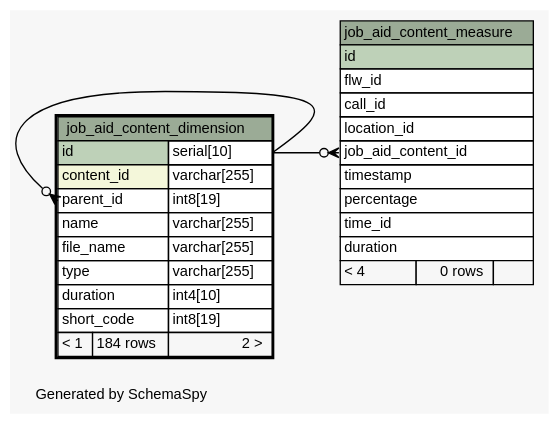
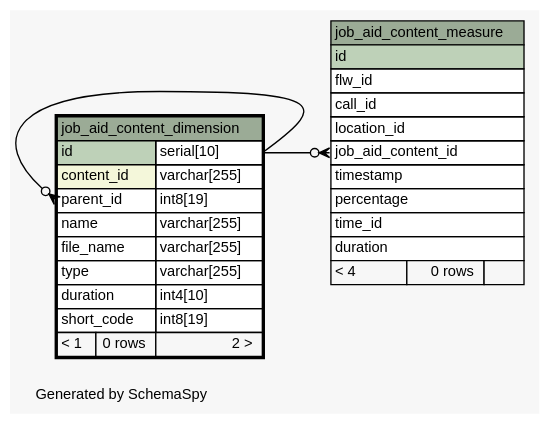
Before and after one commit to motech/ananya: the diagram in ananya-report/build/schemaspy-output/diagrams/job_aid_content_dimension.1degree.dot, drawn with Graphviz. The commit also changed 69 other files, not shown here.

```diff
--- a/ananya-report/build/schemaspy-output/diagrams/job_aid_content_dimension.1degree.dot
+++ b/ananya-report/build/schemaspy-output/diagrams/job_aid_content_dimension.1degree.dot
@@ -1,59 +1,59 @@
 // dot 2.26.3 on Linux 2.6.38-11-generic-pae
 // SchemaSpy rev 590
 digraph "oneDegreeRelationshipsDiagram" {
   graph [
     rankdir="RL"
     bgcolor="#f7f7f7"
     label="\nGenerated by SchemaSpy"
     labeljust="l"
     nodesep="0.18"
     ranksep="0.46"
     fontname="Helvetica"
     fontsize="11"
   ];
   node [
     fontname="Helvetica"
     fontsize="11"
     shape="plaintext"
   ];
   edge [
     arrowsize="0.8"
   ];
   "job_aid_content_dimension":"parent_id":w -> "job_aid_content_dimension":"id.type":e [arrowhead=none dir=back arrowtail=crowodot];
   "job_aid_content_measure":"job_aid_content_id":w -> "job_aid_content_dimension":"id.type":e [arrowhead=none dir=back arrowtail=crowodot];
   "job_aid_content_dimension" [
     label=<
     <TABLE BORDER="2" CELLBORDER="1" CELLSPACING="0" BGCOLOR="#ffffff">
       <TR><TD COLSPAN="3" BGCOLOR="#9bab96" ALIGN="CENTER">job_aid_content_dimension</TD></TR>
       <TR><TD PORT="id" COLSPAN="2" BGCOLOR="#bed1b8" ALIGN="LEFT">id</TD><TD PORT="id.type" ALIGN="LEFT">serial[10]</TD></TR>
       <TR><TD PORT="content_id" COLSPAN="2" BGCOLOR="#f4f7da" ALIGN="LEFT">content_id</TD><TD PORT="content_id.type" ALIGN="LEFT">varchar[255]</TD></TR>
       <TR><TD PORT="parent_id" COLSPAN="2" ALIGN="LEFT">parent_id</TD><TD PORT="parent_id.type" ALIGN="LEFT">int8[19]</TD></TR>
       <TR><TD PORT="name" COLSPAN="2" ALIGN="LEFT">name</TD><TD PORT="name.type" ALIGN="LEFT">varchar[255]</TD></TR>
       <TR><TD PORT="file_name" COLSPAN="2" ALIGN="LEFT">file_name</TD><TD PORT="file_name.type" ALIGN="LEFT">varchar[255]</TD></TR>
       <TR><TD PORT="type" COLSPAN="2" ALIGN="LEFT">type</TD><TD PORT="type.type" ALIGN="LEFT">varchar[255]</TD></TR>
       <TR><TD PORT="duration" COLSPAN="2" ALIGN="LEFT">duration</TD><TD PORT="duration.type" ALIGN="LEFT">int4[10]</TD></TR>
       <TR><TD PORT="short_code" COLSPAN="2" ALIGN="LEFT">short_code</TD><TD PORT="short_code.type" ALIGN="LEFT">int8[19]</TD></TR>
-      <TR><TD ALIGN="LEFT" BGCOLOR="#f7f7f7">&lt; 1</TD><TD ALIGN="RIGHT" BGCOLOR="#f7f7f7">184 rows</TD><TD ALIGN="RIGHT" BGCOLOR="#f7f7f7">2 &gt;</TD></TR>
+      <TR><TD ALIGN="LEFT" BGCOLOR="#f7f7f7">&lt; 1</TD><TD ALIGN="RIGHT" BGCOLOR="#f7f7f7">0 rows</TD><TD ALIGN="RIGHT" BGCOLOR="#f7f7f7">2 &gt;</TD></TR>
     </TABLE>>
     URL="job_aid_content_dimension.html"
     tooltip="job_aid_content_dimension"
   ];
   "job_aid_content_measure" [
     label=<
     <TABLE BORDER="0" CELLBORDER="1" CELLSPACING="0" BGCOLOR="#ffffff">
       <TR><TD COLSPAN="3" BGCOLOR="#9bab96" ALIGN="CENTER">job_aid_content_measure</TD></TR>
       <TR><TD PORT="id" COLSPAN="3" BGCOLOR="#bed1b8" ALIGN="LEFT">id</TD></TR>
       <TR><TD PORT="flw_id" COLSPAN="3" ALIGN="LEFT">flw_id</TD></TR>
       <TR><TD PORT="call_id" COLSPAN="3" ALIGN="LEFT">call_id</TD></TR>
       <TR><TD PORT="location_id" COLSPAN="3" ALIGN="LEFT">location_id</TD></TR>
       <TR><TD PORT="job_aid_content_id" COLSPAN="3" ALIGN="LEFT">job_aid_content_id</TD></TR>
       <TR><TD PORT="timestamp" COLSPAN="3" ALIGN="LEFT">timestamp</TD></TR>
       <TR><TD PORT="percentage" COLSPAN="3" ALIGN="LEFT">percentage</TD></TR>
       <TR><TD PORT="time_id" COLSPAN="3" ALIGN="LEFT">time_id</TD></TR>
       <TR><TD PORT="duration" COLSPAN="3" ALIGN="LEFT">duration</TD></TR>
       <TR><TD ALIGN="LEFT" BGCOLOR="#f7f7f7">&lt; 4</TD><TD ALIGN="RIGHT" BGCOLOR="#f7f7f7">0 rows</TD><TD ALIGN="RIGHT" BGCOLOR="#f7f7f7">  </TD></TR>
     </TABLE>>
     URL="job_aid_content_measure.html"
     tooltip="job_aid_content_measure"
   ];
 }
```
